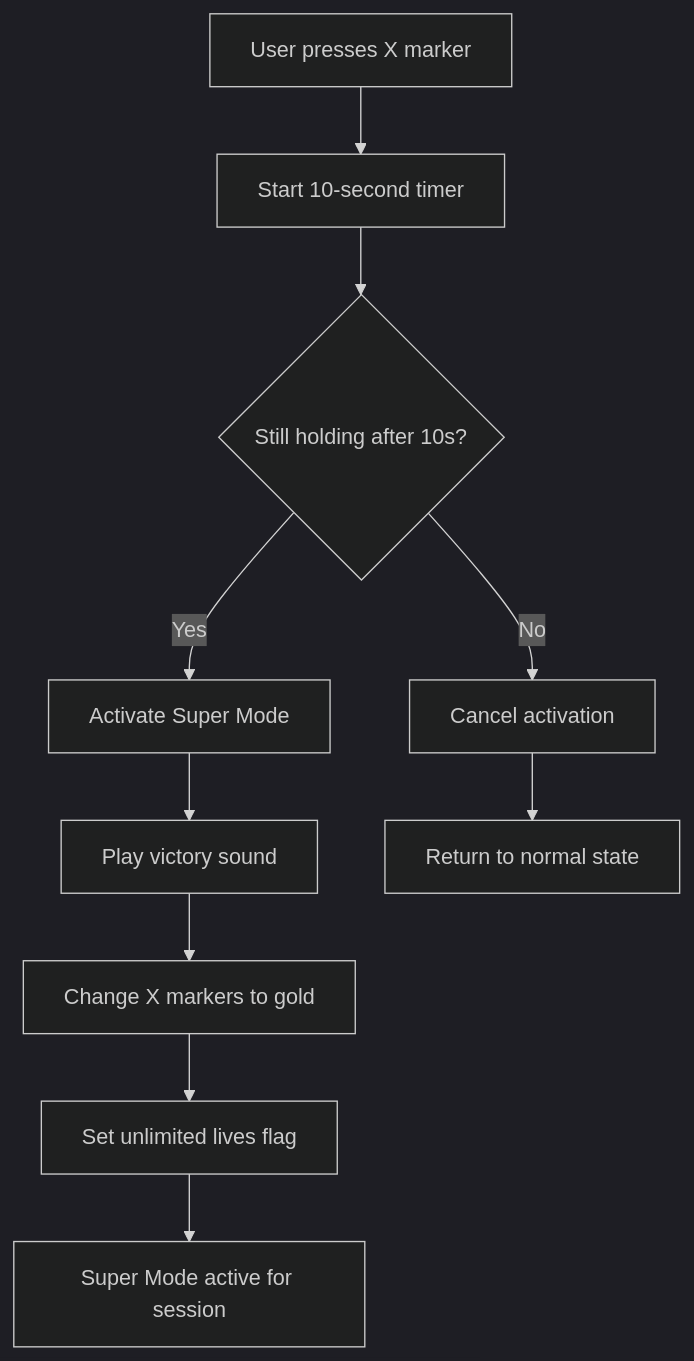
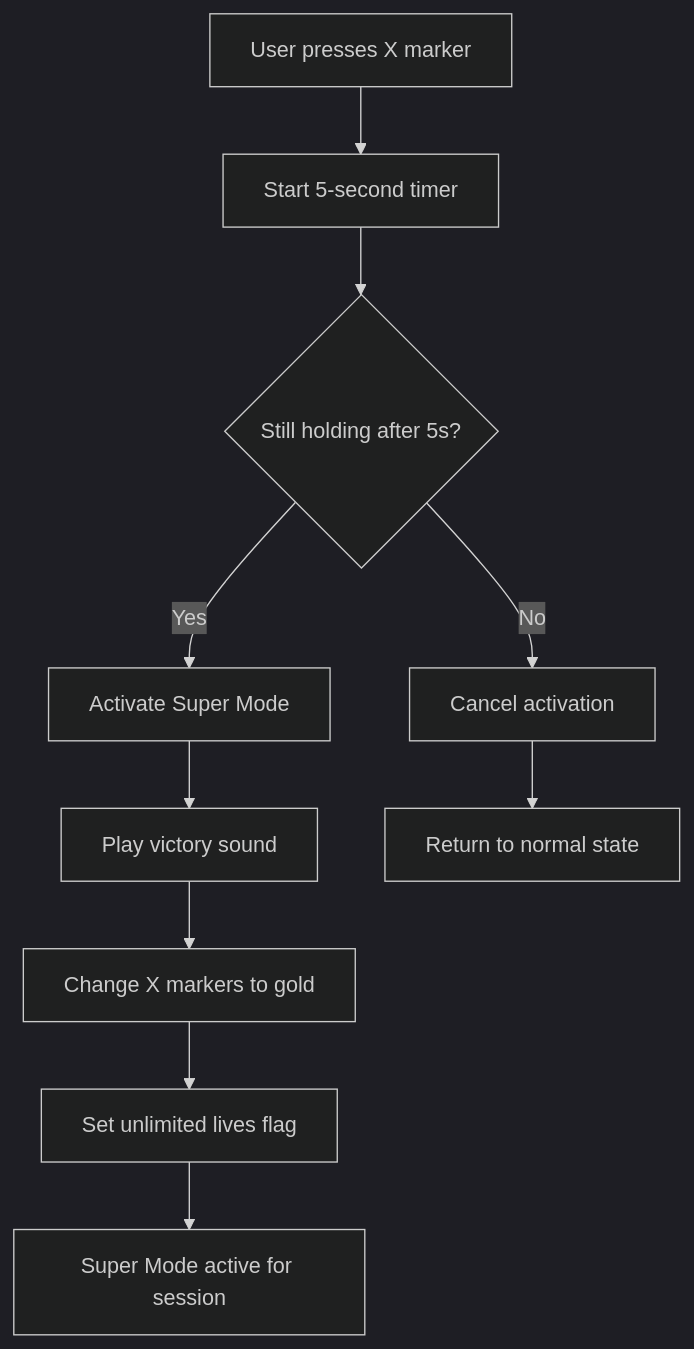
One commit to cloudaipro/SudokuMaster changed the first of 2 diagrams in Super_Mode_Feature_PRD.md. Above: the diagram before and after it, drawn with Mermaid (dark theme). The commit also changed other lines of this file and 15 other files, not shown here.

````diff
--- a/Super_Mode_Feature_PRD.md
+++ b/Super_Mode_Feature_PRD.md
@@ -67,14 +65,14 @@
 ```mermaid
 flowchart TD
-    A[User presses X marker] --> B[Start 10-second timer]
-    B --> C{Still holding after 10s?}
+    A[User presses X marker] --> B[Start 5-second timer]
+    B --> C{Still holding after 5s?}
     C -->|Yes| D[Activate Super Mode]
     C -->|No| E[Cancel activation]
     
     D --> F[Play victory sound]
     F --> G[Change X markers to gold]
     G --> H[Set unlimited lives flag]
     H --> I[Super Mode active for session]
     
     E --> J[Return to normal state]
 ```
````
